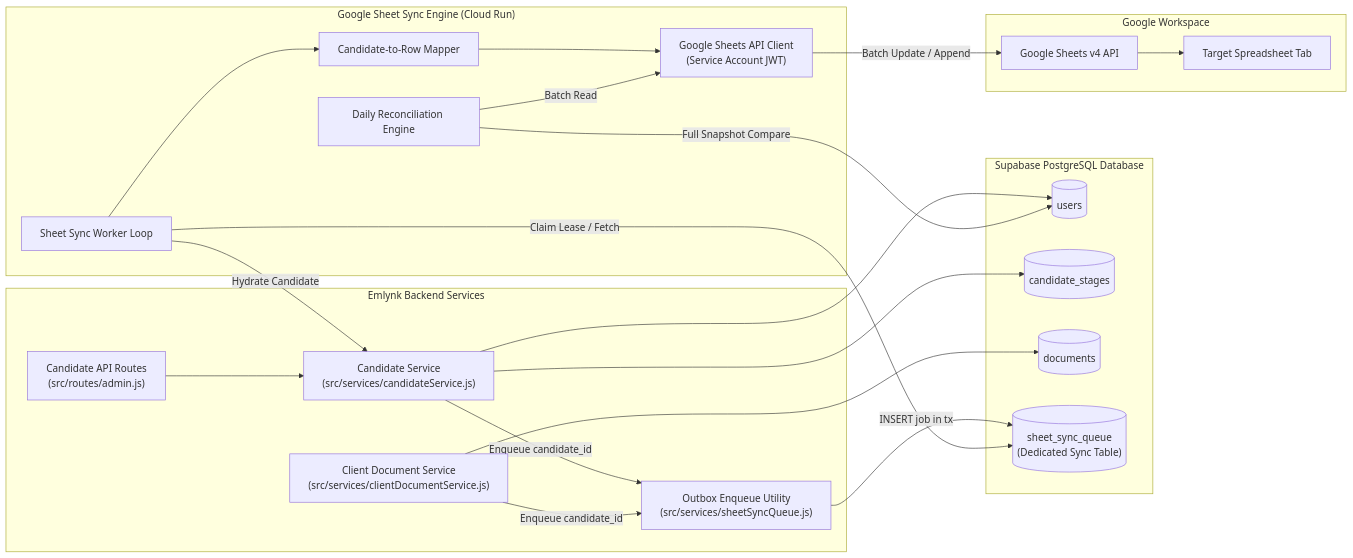
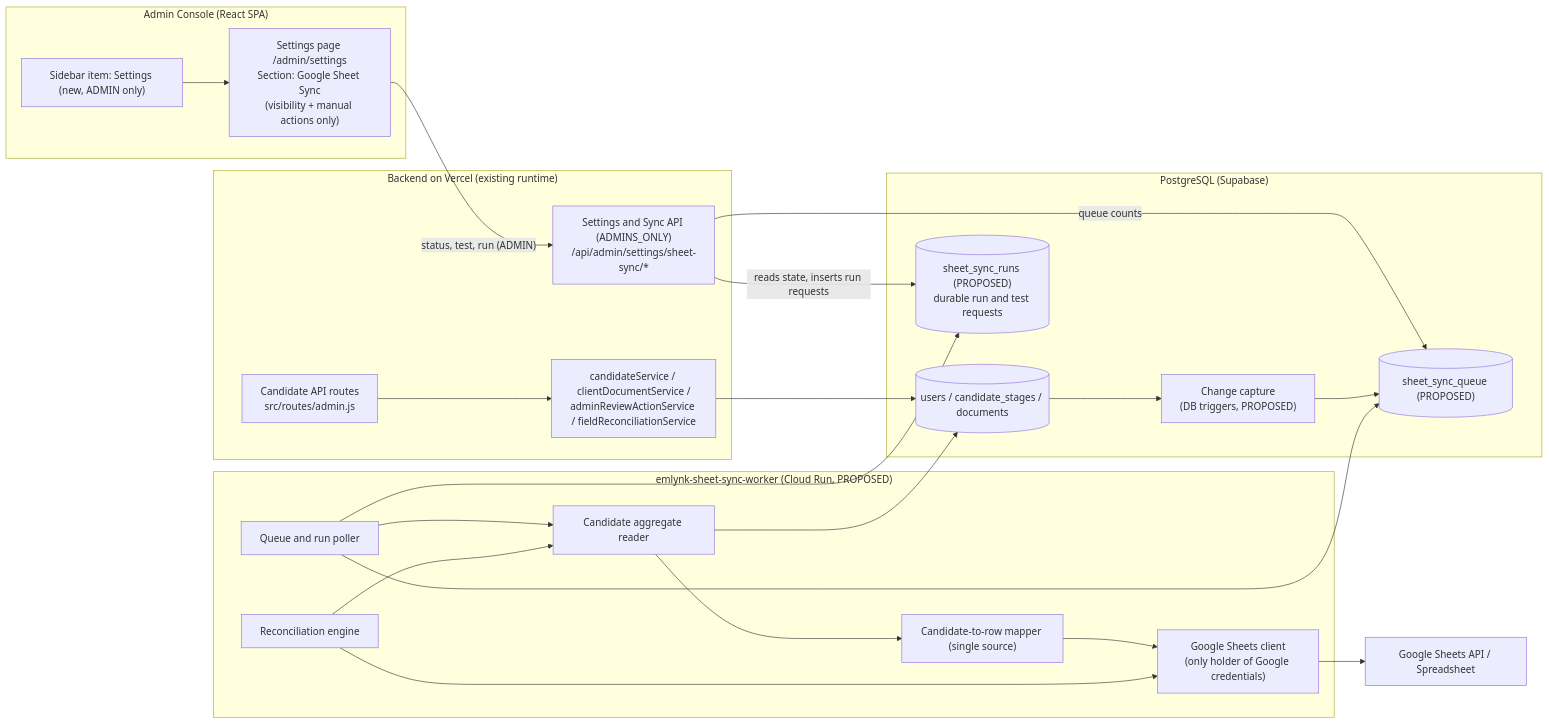
One commit to emlynk-pixel/EmlynkWABot changed the second of 11 diagrams in Docs/GOOGLE_SHEET_CANDIDATE_SYNC_ARCHITECTURE.md. Above: the diagram before and after it, drawn with Mermaid. The commit also changed other lines of this file, not shown here.

````diff
--- a/Docs/GOOGLE_SHEET_CANDIDATE_SYNC_ARCHITECTURE.md
+++ b/Docs/GOOGLE_SHEET_CANDIDATE_SYNC_ARCHITECTURE.md
@@ -144,47 +241,46 @@
 ```mermaid
 flowchart LR
-    subgraph CoreBackend ["Emlynk Backend Services"]
-        CandAPI["Candidate API Routes\n(src/routes/admin.js)"]
-        CandService["Candidate Service\n(src/services/candidateService.js)"]
-        DocService["Client Document Service\n(src/services/clientDocumentService.js)"]
-        OutboxWriter["Outbox Enqueue Utility\n(src/services/sheetSyncQueue.js)"]
+    subgraph AdminUI ["Admin Console (React SPA)"]
+        SettingsNav["Sidebar item: Settings (new, ADMIN only)"]
+        SettingsPage["Settings page /admin/settings<br/>Section: Google Sheet Sync<br/>(visibility + manual actions only)"]
     end
 
-    subgraph DatabaseLayer ["Supabase PostgreSQL Database"]
-        UserTable[("users")]
-        StageTable[("candidate_stages")]
-        DocTable[("documents")]
-        OutboxTable[("sheet_sync_queue\n(Dedicated Sync Table)")]
+    subgraph VercelBackend ["Backend on Vercel (existing runtime)"]
+        SettingsAPI["Settings and Sync API (ADMINS_ONLY)<br/>/api/admin/settings/sheet-sync/*"]
+        CandAPI["Candidate API routes<br/>src/routes/admin.js"]
+        CandService["candidateService / clientDocumentService /<br/>adminReviewActionService / fieldReconciliationService"]
     end
 
-    subgraph SyncSubsystem ["Google Sheet Sync Engine (Cloud Run)"]
-        SyncWorker["Sheet Sync Worker Loop"]
-        ReconcileService["Daily Reconciliation Engine"]
-        RowMapper["Candidate-to-Row Mapper"]
-        GoogleClient["Google Sheets API Client\n(Service Account JWT)"]
+    subgraph DBLayer ["PostgreSQL (Supabase)"]
+        Tables[("users / candidate_stages / documents")]
+        Capture["Change capture<br/>(DB triggers, PROPOSED)"]
+        Queue[("sheet_sync_queue (PROPOSED)")]
+        Runs[("sheet_sync_runs (PROPOSED)<br/>durable run and test requests")]
     end
 
-    subgraph GoogleCloud ["Google Workspace"]
-        SheetsEndpoint["Google Sheets v4 API"]
-        LiveSheet["Target Spreadsheet Tab"]
+    subgraph SyncSubsystem ["emlynk-sheet-sync-worker (Cloud Run, PROPOSED)"]
+        Poller["Queue and run poller"]
+        Reader["Candidate aggregate reader"]
+        Mapper["Candidate-to-row mapper (single source)"]
+        Recon["Reconciliation engine"]
+        GClient["Google Sheets client<br/>(only holder of Google credentials)"]
     end
 
-    CandAPI --> CandService
-    CandService --> UserTable
-    CandService --> StageTable
-    DocService --> DocTable
-    CandService -->|"Enqueue candidate_id"| OutboxWriter
-    DocService -->|"Enqueue candidate_id"| OutboxWriter
-    OutboxWriter -->|"INSERT job in tx"| OutboxTable
+    Google["Google Sheets API / Spreadsheet"]
 
-    SyncWorker -->|"Claim Lease / Fetch"| OutboxTable
-    SyncWorker -->|"Hydrate Candidate"| CandService
-    SyncWorker --> RowMapper
-    RowMapper --> GoogleClient
+    SettingsNav --> SettingsPage
+    SettingsPage -->|"status, test, run (ADMIN)"| SettingsAPI
+    SettingsAPI -->|"reads state, inserts run requests"| Runs
+    SettingsAPI -->|"queue counts"| Queue
 
-    ReconcileService -->|"Full Snapshot Compare"| UserTable
-    ReconcileService -->|"Batch Read"| GoogleClient
+    CandAPI --> CandService --> Tables
+    Tables --> Capture --> Queue
 
-    GoogleClient -->|"Batch Update / Append"| SheetsEndpoint
-    SheetsEndpoint --> LiveSheet
+    Poller --> Queue
+    Poller --> Runs
+    Poller --> Reader --> Tables
+    Reader --> Mapper --> GClient
+    Recon --> Reader
+    Recon --> GClient
+    GClient --> Google
 ```
````
